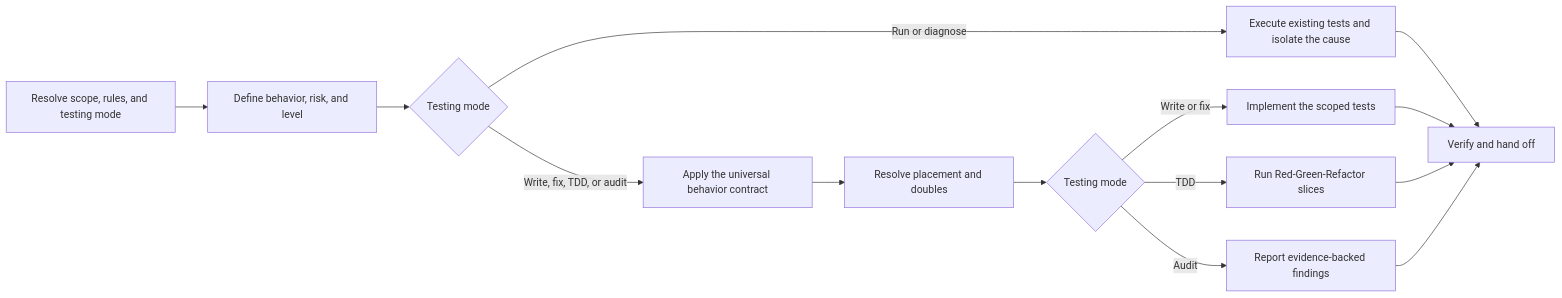
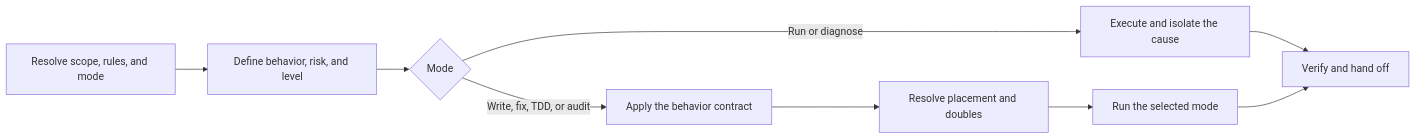
One commit to fam-tung-lam/ptlam-agent-plugin changed the diagram in plugin/skills/ptlam-testing/SKILL.md. Above: the diagram before and after it, drawn with Mermaid. The commit also changed other lines of this file and 66 other files, not shown here.

````diff
--- a/plugin/skills/ptlam-testing/SKILL.md
+++ b/plugin/skills/ptlam-testing/SKILL.md
@@ -15,16 +11,11 @@
 ```mermaid
 flowchart LR
-    A[Resolve scope, rules, and testing mode] --> B[Define behavior, risk, and level]
-    B --> M{Testing mode}
-    M -- Run or diagnose --> H[Execute existing tests and isolate the cause]
-    M -- Write, fix, TDD, or audit --> E[Apply the universal behavior contract]
+    A[Resolve scope, rules, and mode] --> B[Define behavior, risk, and level]
+    B --> C{Mode}
+    C -- Run or diagnose --> H[Execute and isolate the cause]
+    C -- Write, fix, TDD, or audit --> E[Apply the behavior contract]
     E --> F[Resolve placement and doubles]
-    F --> G{Testing mode}
-    G -- Write or fix --> I[Implement the scoped tests]
-    G -- TDD --> J[Run Red-Green-Refactor slices]
-    G -- Audit --> K[Report evidence-backed findings]
+    F --> G[Run the selected mode]
     H --> L[Verify and hand off]
-    I --> L
-    J --> L
-    K --> L
+    G --> L
 ```
````
